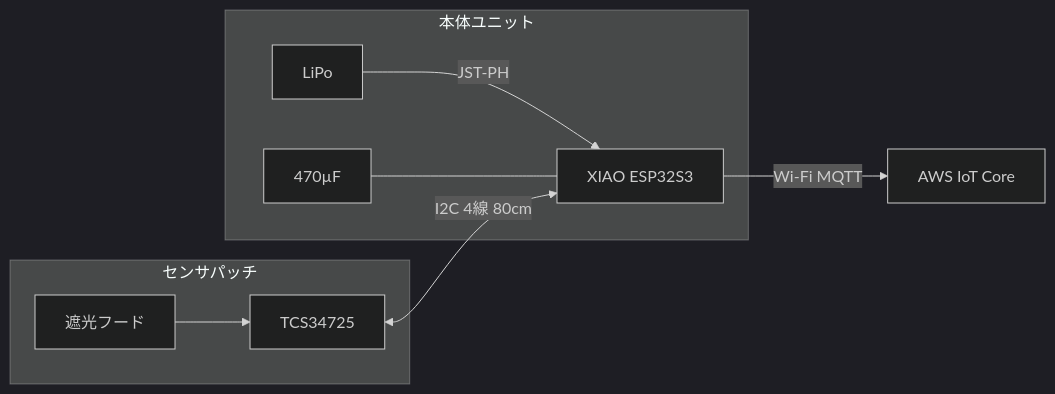
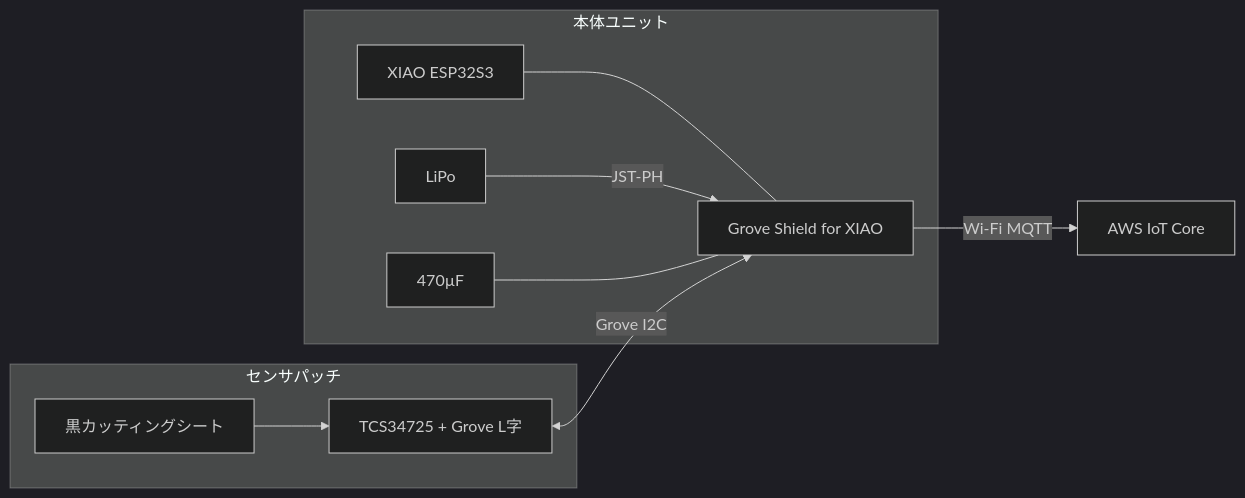
One commit to makeOurCity/parking-status-sensor changed the diagram in docs/wiring.md. Above: the diagram before and after it, drawn with Mermaid (dark theme). The commit also changed other lines of this file and 5 other files, not shown here.

````diff
--- a/docs/wiring.md
+++ b/docs/wiring.md
@@ -30,19 +30,21 @@
 ```mermaid
 flowchart LR
   subgraph sensor_patch [センサパッチ]
-    Hood[遮光フード]
-    TCS[TCS34725]
-    Hood --> TCS
+    Sheet[黒カッティングシート]
+    TCS[TCS34725 + Grove L字]
+    Sheet --> TCS
   end
 
   subgraph main_unit [本体ユニット]
+    Shield[Grove Shield for XIAO]
     XIAO[XIAO ESP32S3]
     CAP[470µF]
     LIPO[LiPo]
-    LIPO -->|JST-PH| XIAO
-    CAP --- XIAO
+    XIAO --- Shield
+    LIPO -->|JST-PH| Shield
+    CAP --- Shield
   end
 
-  TCS <-->|I2C 4線 80cm| XIAO
-  XIAO -->|Wi-Fi MQTT| MQTT[AWS IoT Core]
+  TCS <-->|Grove I2C| Shield
+  Shield -->|Wi-Fi MQTT| MQTT[AWS IoT Core]
 ```
````
